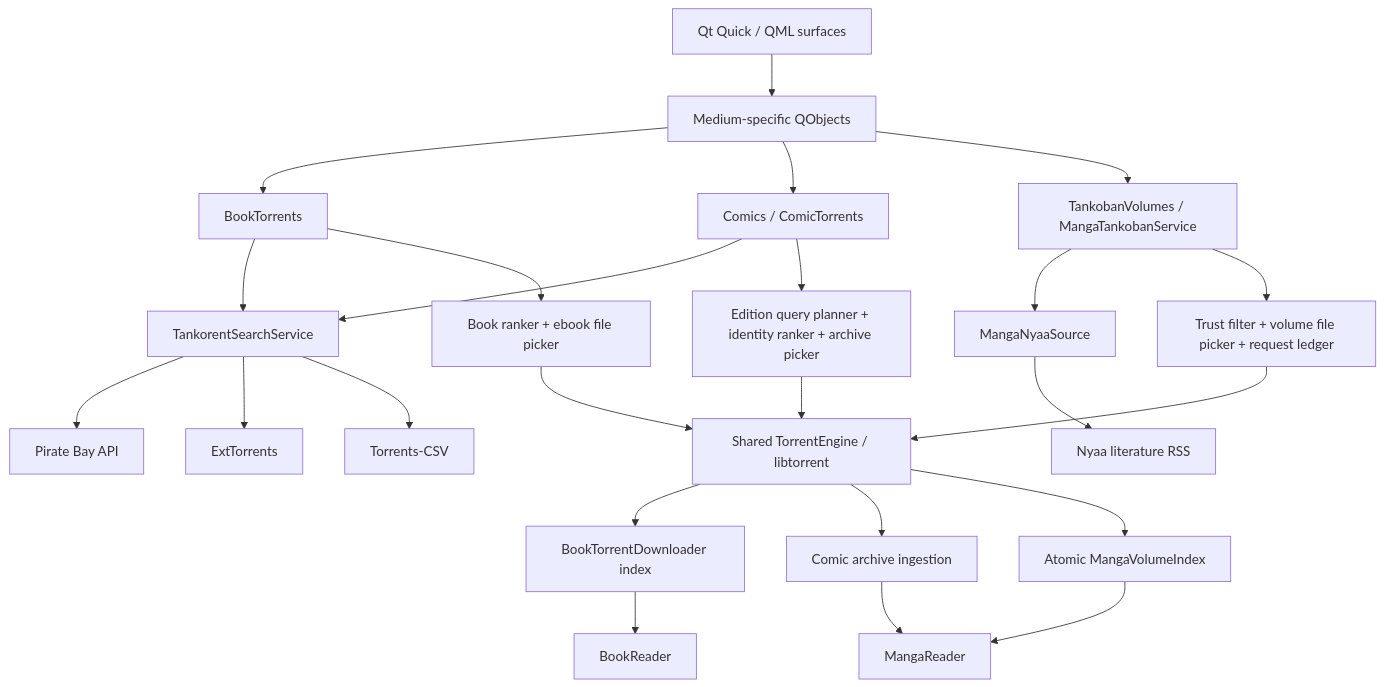
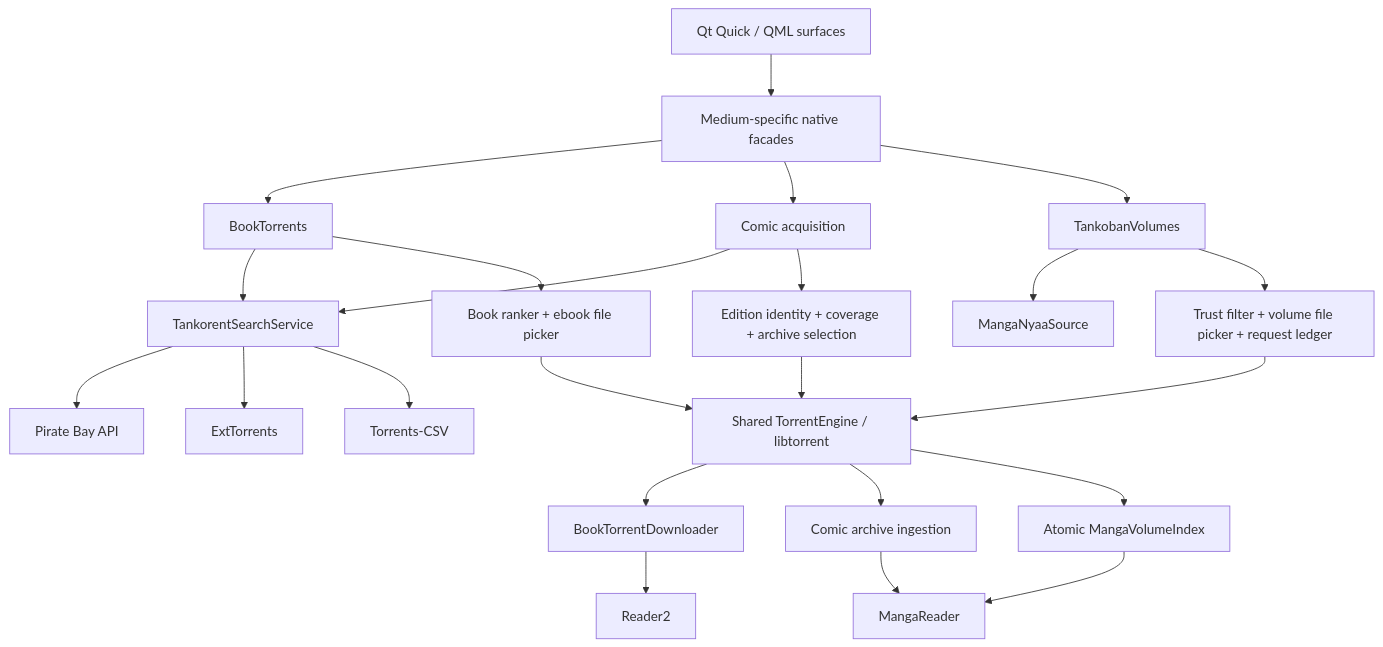
Before and after one commit to kingoftheseas56/Colosseum: the first of 2 diagrams in README.md, drawn with Mermaid. The commit also changed other lines of this file, not shown here.

Commit message:
docs: refresh README for current Colosseum architecture

````diff
--- a/README.md
+++ b/README.md
@@ -339,33 +337,32 @@
 ```mermaid
 flowchart TB
-    QML[Qt Quick / QML surfaces] --> Facades[Medium-specific QObjects]
+    QML[Qt Quick / QML surfaces] --> Facades[Medium-specific native facades]
 
     Facades --> Books[BookTorrents]
-    Facades --> Comics[Comics / ComicTorrents]
-    Facades --> Volumes[TankobanVolumes / MangaTankobanService]
+    Facades --> Comics[Comic acquisition]
+    Facades --> Volumes[TankobanVolumes]
 
     Books --> Search[TankorentSearchService]
     Comics --> Search
     Volumes --> Nyaa[MangaNyaaSource]
 
     Search --> PB[Pirate Bay API]
     Search --> EXT[ExtTorrents]
     Search --> CSV[Torrents-CSV]
-    Nyaa --> NYAA[Nyaa literature RSS]
 
     Books --> BookPolicy[Book ranker + ebook file picker]
-    Comics --> ComicPolicy[Edition query planner + identity ranker + archive picker]
+    Comics --> ComicPolicy[Edition identity + coverage + archive selection]
     Volumes --> MangaPolicy[Trust filter + volume file picker + request ledger]
 
     BookPolicy --> Engine[Shared TorrentEngine / libtorrent]
     ComicPolicy --> Engine
     MangaPolicy --> Engine
 
-    Engine --> BookPublish[BookTorrentDownloader index]
+    Engine --> BookPublish[BookTorrentDownloader]
     Engine --> ComicPublish[Comic archive ingestion]
     Engine --> MangaPublish[Atomic MangaVolumeIndex]
 
-    ComicPublish --> Reader[MangaReader]
-    MangaPublish --> Reader
-    BookPublish --> BookReader[BookReader]
+    BookPublish --> Reader2[Reader2]
+    ComicPublish --> MangaReader[MangaReader]
+    MangaPublish --> MangaReader
 ```
````
